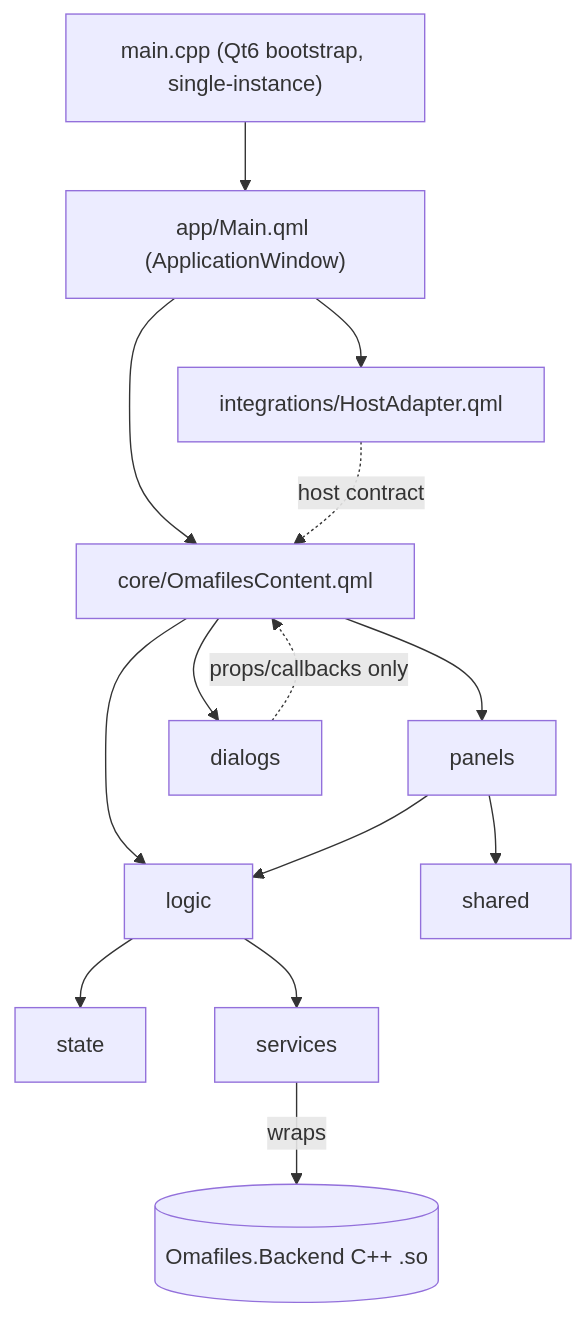
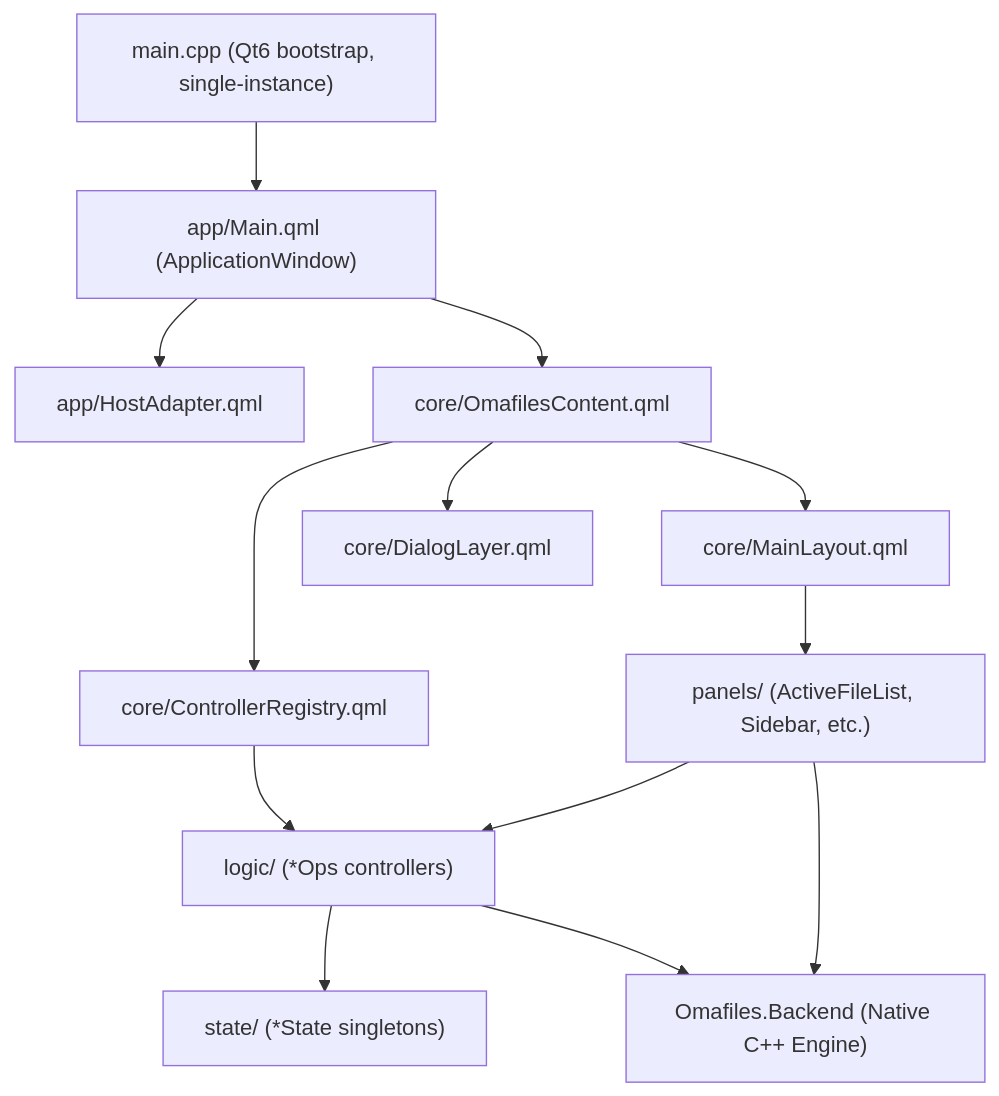
The diagram in ARCHITECTURE.md (Flaxenox/omafiles), drawn with Mermaid before and after one commit. The commit also changed other lines of this file and 78 other files, not shown here.

````diff
--- a/ARCHITECTURE.md
+++ b/ARCHITECTURE.md
@@ -57,16 +54,15 @@
 ```mermaid
 graph TD
-  Main["main.cpp (Qt6 bootstrap, single-instance)"] --> MainQml["app/Main.qml (ApplicationWindow)"]
-  MainQml --> Adapter["integrations/HostAdapter.qml"]
+  MainCpp["main.cpp (Qt6 bootstrap, single-instance)"] --> MainQml["app/Main.qml (ApplicationWindow)"]
+  MainQml --> HostAdapter["app/HostAdapter.qml"]
   MainQml --> Content["core/OmafilesContent.qml"]
-  Adapter -.host contract.-> Content
-  Content --> panels
-  Content --> dialogs
-  Content --> logic
-  panels --> logic
-  dialogs -. props/callbacks only .-> Content
-  logic --> state
-  logic --> services
-  panels --> shared
-  services -->|wraps| Backend[(Omafiles.Backend C++ .so)]
+  Content --> Registry["core/ControllerRegistry.qml"]
+  Content --> Layout["core/MainLayout.qml"]
+  Content --> Dialogs["core/DialogLayer.qml"]
+  Registry --> Logic["logic/ (*Ops controllers)"]
+  Layout --> Panels["panels/ (ActiveFileList, Sidebar, etc.)"]
+  Panels --> Logic
+  Logic --> State["state/ (*State singletons)"]
+  Logic --> Backend["Omafiles.Backend (Native C++ Engine)"]
+  Panels --> Backend
 ```
````
